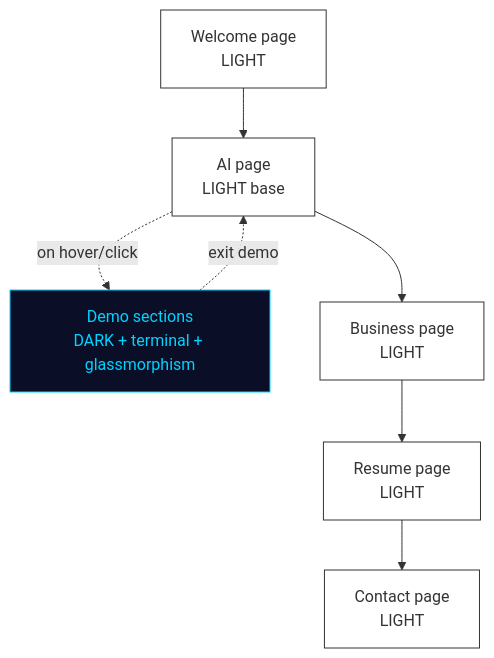
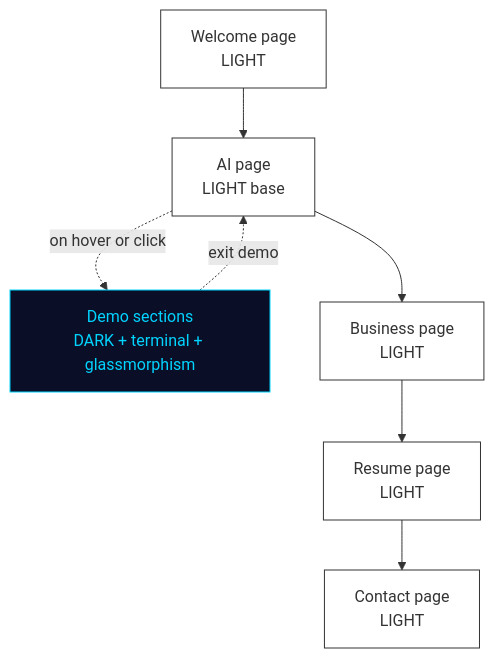
The diagram in context/design.md (belonsavon-sys/portfolio), drawn with Mermaid before and after one commit. The commit also changed 4 other files, not shown here.

First line of the commit message:
fix: repair all 11 mermaid diagrams for GitHub rendering

````diff
--- a/context/design.md
+++ b/context/design.md
@@ -63,23 +63,23 @@
 ```mermaid
 flowchart TB
-    Welcome[Welcome page<br/>LIGHT]
-    AI[AI page<br/>LIGHT base]
-    AIDark[Demo sections<br/>DARK + terminal + glassmorphism]
-    Business[Business page<br/>LIGHT]
-    Resume[Resume page<br/>LIGHT]
-    Contact[Contact page<br/>LIGHT]
+    Welcome["Welcome page<br/>LIGHT"]
+    AI["AI page<br/>LIGHT base"]
+    AIDark["Demo sections<br/>DARK + terminal + glassmorphism"]
+    Business["Business page<br/>LIGHT"]
+    Resume["Resume page<br/>LIGHT"]
+    Contact["Contact page<br/>LIGHT"]
 
     Welcome --> AI
-    AI -.->|on hover/click| AIDark
+    AI -.->|on hover or click| AIDark
     AIDark -.->|exit demo| AI
     AI --> Business
     Business --> Resume
     Resume --> Contact
 
     style Welcome fill:#fff,stroke:#333
     style AI fill:#fff,stroke:#333
     style AIDark fill:#0a0e27,color:#00d4ff,stroke:#00d4ff
     style Business fill:#fff,stroke:#333
     style Resume fill:#fff,stroke:#333
     style Contact fill:#fff,stroke:#333
 ```
````
